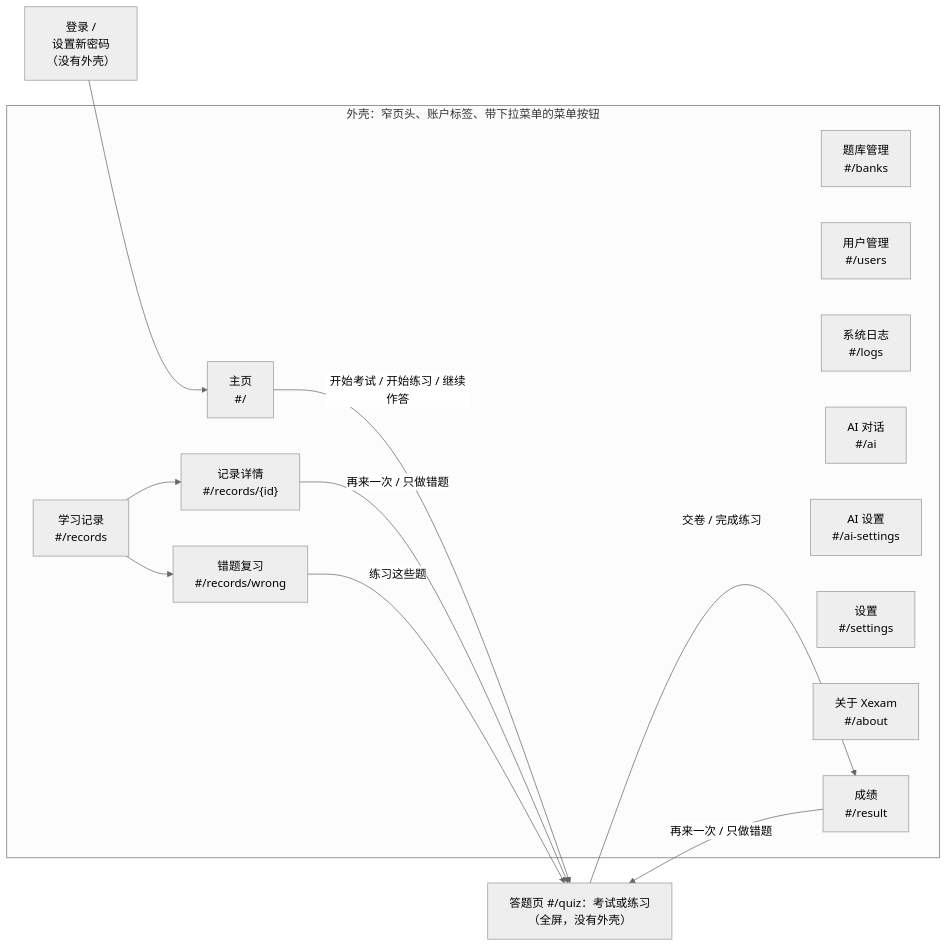
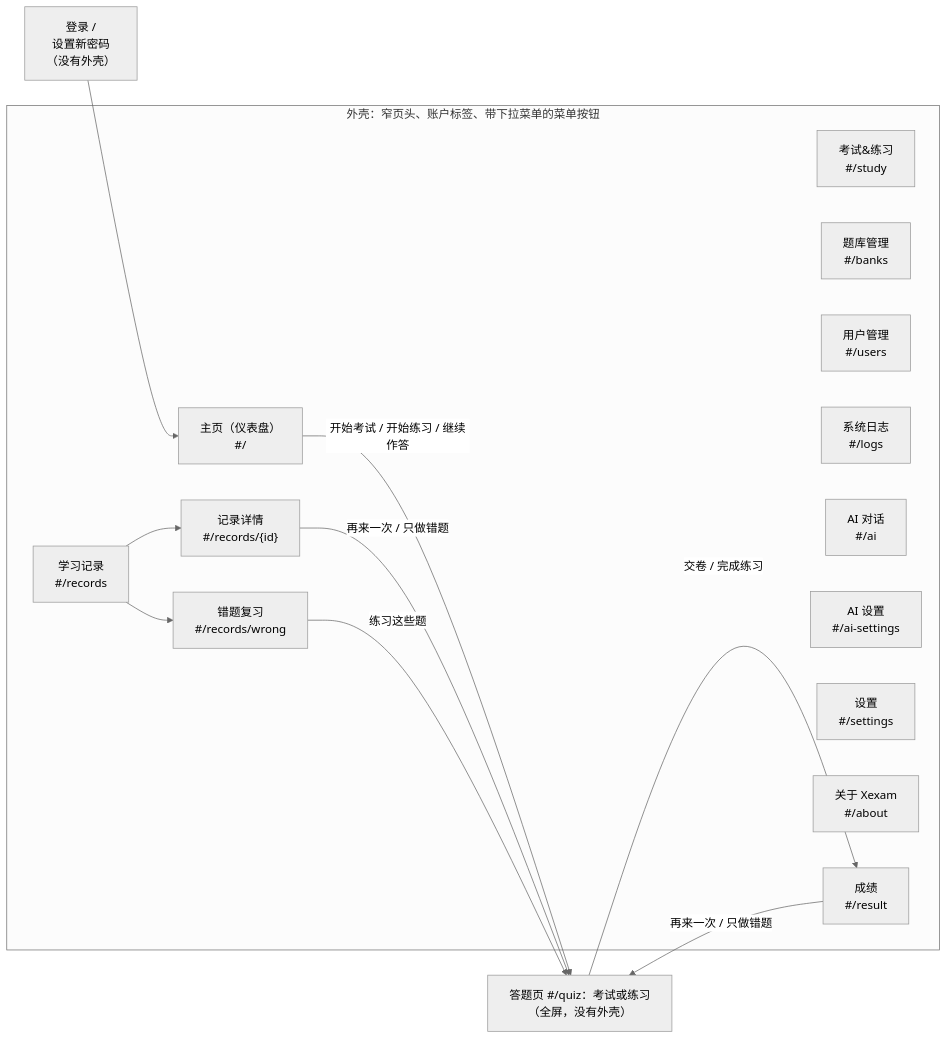
Before and after one commit to Yumin-Space/xexam: the fifth of 8 diagrams in docs/zh-CN/architecture.md, drawn with Mermaid (neutral theme). The commit also changed other lines of this file and 144 other files, not shown here.

````diff
--- a/docs/zh-CN/architecture.md
+++ b/docs/zh-CN/architecture.md
@@ -384,26 +385,27 @@
 ```mermaid
 flowchart LR
     SI["登录 /<br/>设置新密码<br/>（没有外壳）"] --> H
     subgraph shell["外壳：窄页头、账户标签、带下拉菜单的菜单按钮"]
-        H["主页<br/>#/"]
+        H["主页（仪表盘）<br/>#/"]
+        ST["考试&练习<br/>#/study"]
         B["题库管理<br/>#/banks"]
         R["学习记录<br/>#/records"]
         US["用户管理<br/>#/users"]
         LG["系统日志<br/>#/logs"]
         AI["AI 对话<br/>#/ai"]
         AIS["AI 设置<br/>#/ai-settings"]
         S["设置<br/>#/settings"]
         AB["关于 Xexam<br/>#/about"]
         D["记录详情<br/>#/records/{id}"]
         W["错题复习<br/>#/records/wrong"]
         RS["成绩<br/>#/result"]
     end
     Q["答题页 #/quiz：考试或练习<br/>（全屏，没有外壳）"]
     R --> D
     R --> W
     H -->|"开始考试 / 开始练习 / 继续作答"| Q
     Q -->|"交卷 / 完成练习"| RS
     RS -->|"再来一次 / 只做错题"| Q
     D -->|"再来一次 / 只做错题"| Q
     W -->|"练习这些题"| Q
 ```
````
